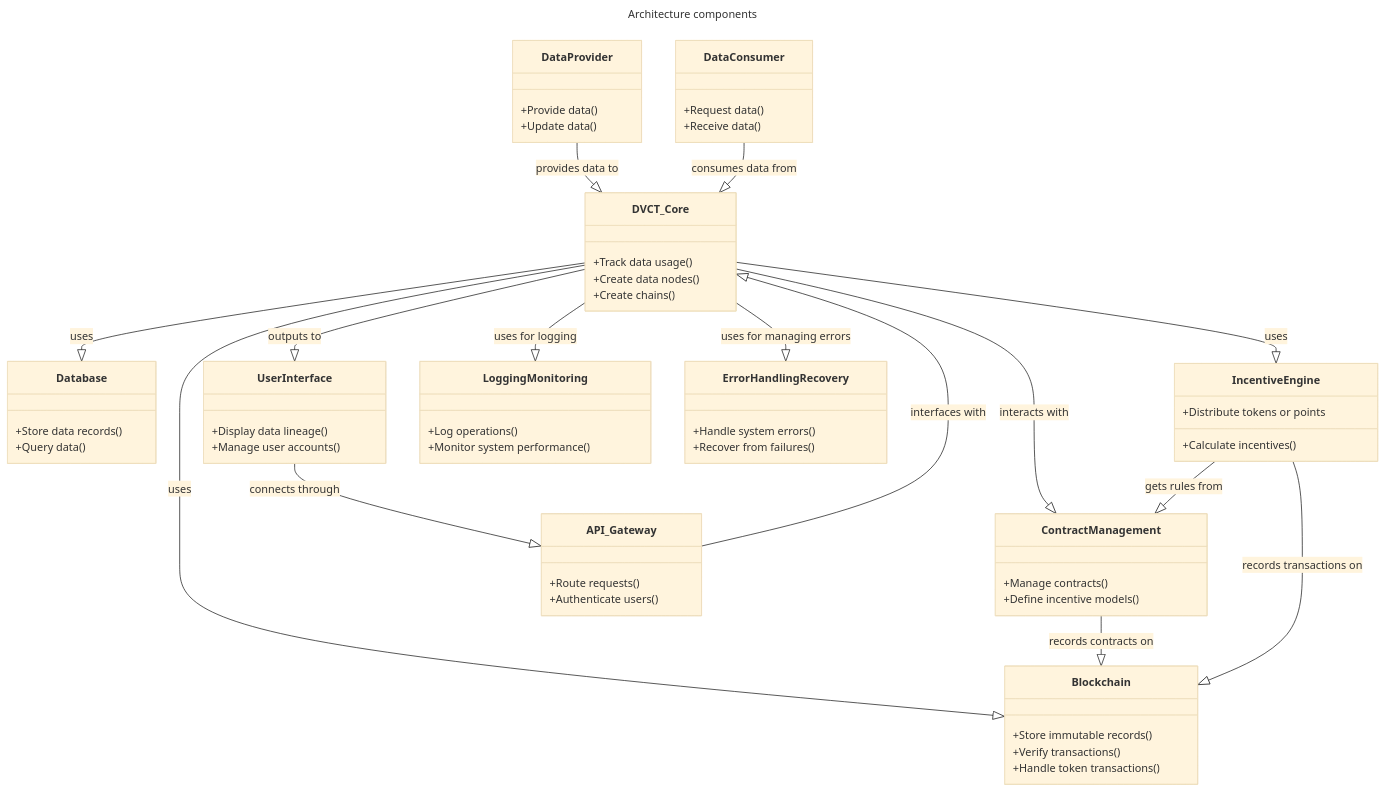
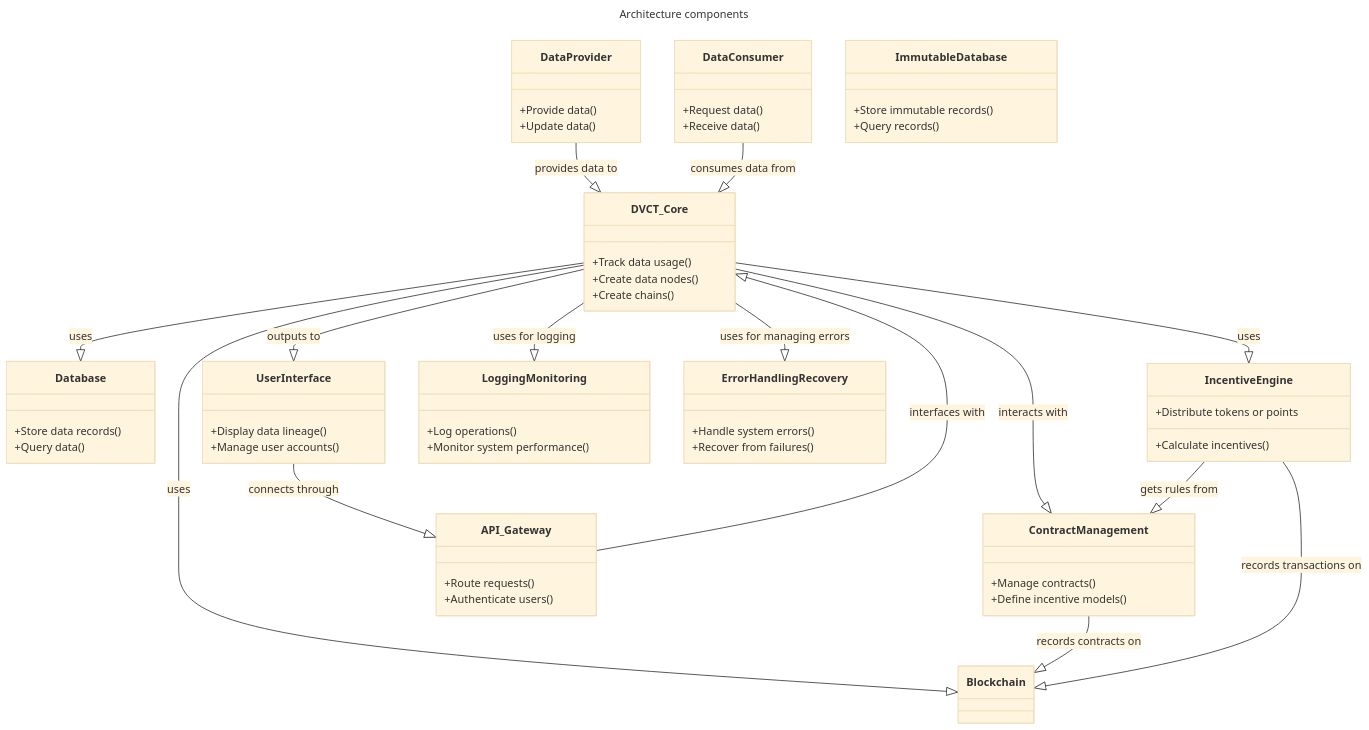
Before and after one commit to Prometheus-X-association/data-value-chain-tracker: the second of 6 diagrams in docs/design-document.md, drawn with Mermaid (base theme). The commit also changed other lines of this file, not shown here.

Commit message:
refactor blockchain -> immutable database

````diff
--- a/docs/design-document.md
+++ b/docs/design-document.md
@@ -435,67 +435,66 @@
 ```mermaid
 ---
 title: Architecture components
 ---
 classDiagram
     class DataProvider {
         +Provide data()
         +Update data()
     }
     class DataConsumer {
         +Request data()
         +Receive data()
     }
     class DVCT_Core {
         +Track data usage()
         +Create data nodes()
         +Create chains()
     }
-    class Blockchain {
+    class ImmutableDatabase {
         +Store immutable records()
-        +Verify transactions()
-        +Handle token transactions()
+        +Query records()
     }
     class Database {
         +Store data records()
         +Query data()
     }
     class UserInterface {
         +Display data lineage()
         +Manage user accounts()
     }
     class ContractManagement {
         +Manage contracts()
         +Define incentive models()
     }
     class IncentiveEngine {
         +Calculate incentives()
         +Distribute tokens or points
     }
     class API_Gateway {
         +Route requests()
         +Authenticate users()
     }
     class LoggingMonitoring {
         +Log operations()
         +Monitor system performance()
     }
     class ErrorHandlingRecovery {
         +Handle system errors()
         +Recover from failures()
     }
 
     DataProvider --|> DVCT_Core : provides data to
     DataConsumer --|> DVCT_Core : consumes data from
     DVCT_Core --|> Blockchain : uses
     DVCT_Core --|> Database : uses
     DVCT_Core --|> UserInterface : outputs to
     DVCT_Core --|> ContractManagement : interacts with
     DVCT_Core --|> IncentiveEngine : uses
     API_Gateway --|> DVCT_Core : interfaces with
     UserInterface --|> API_Gateway : connects through
     ContractManagement --|> Blockchain : records contracts on
     IncentiveEngine --|> ContractManagement : gets rules from
     IncentiveEngine --|> Blockchain : records transactions on
     DVCT_Core --|> LoggingMonitoring : uses for logging
     DVCT_Core --|> ErrorHandlingRecovery : uses for managing errors
 ```
````
